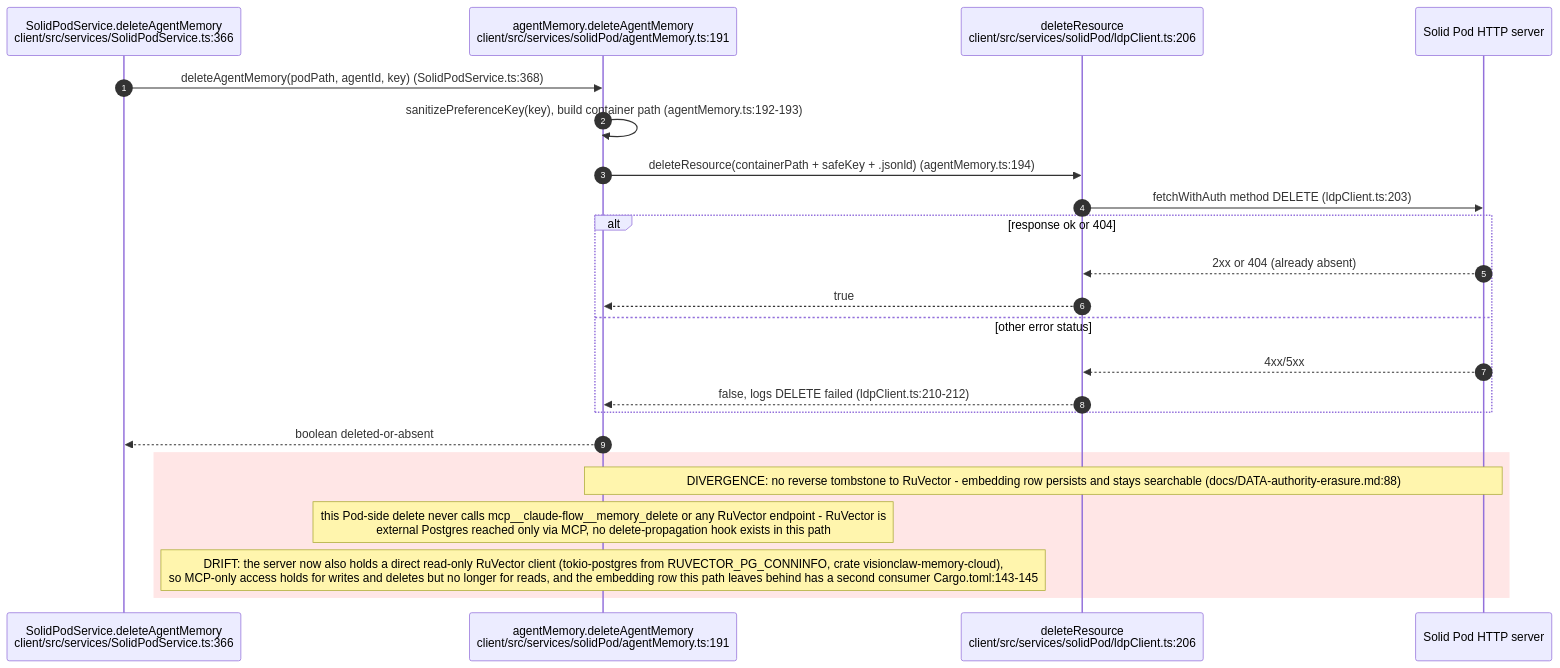
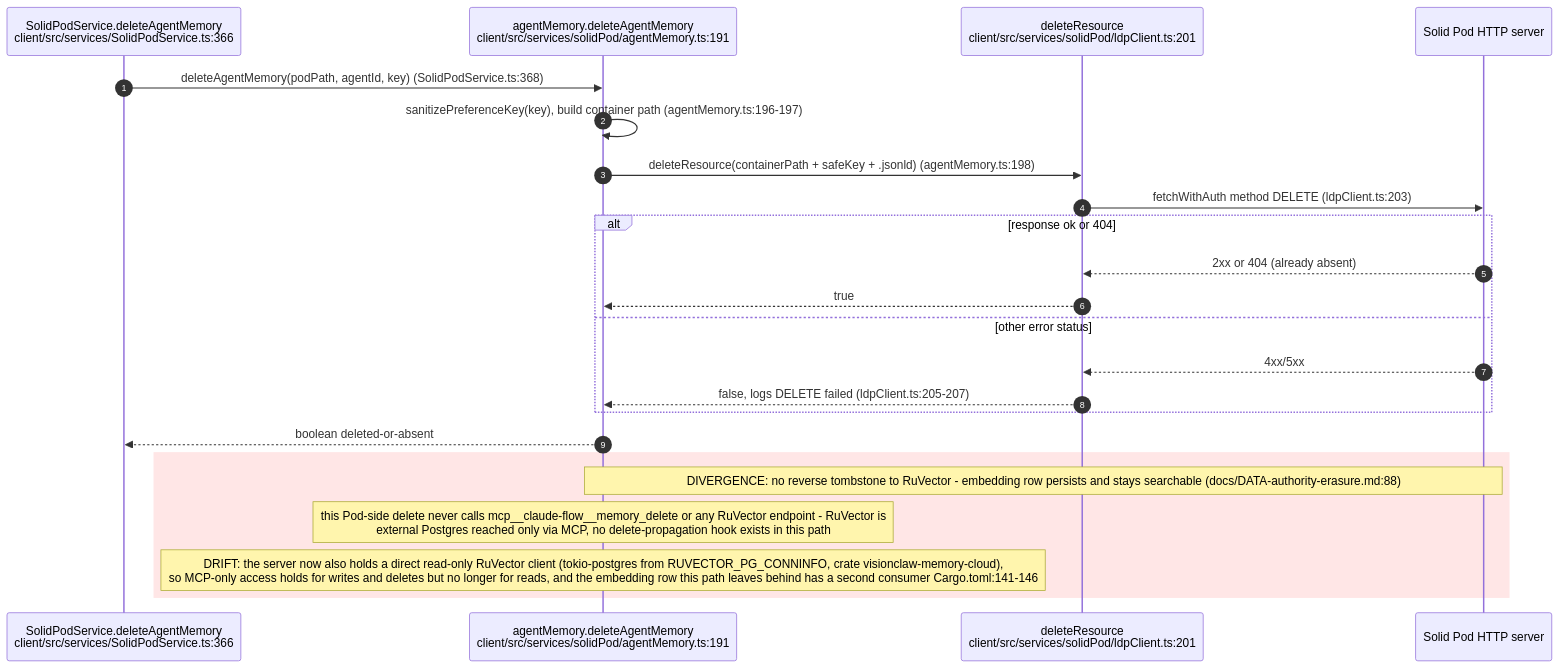
One commit to DreamLab-AI/VisionFlow changed the sixth of 11 diagrams in docs/diagrams/visionclaw/22-data-authority-provenance-erasure.md. Above: the diagram before and after it, drawn with Mermaid. The commit also changed other lines of this file and 173 other files, not shown here.

````diff
--- a/docs/diagrams/visionclaw/22-data-authority-provenance-erasure.md
+++ b/docs/diagrams/visionclaw/22-data-authority-provenance-erasure.md
@@ -295,26 +298,26 @@
 ```mermaid
 sequenceDiagram
     autonumber
     participant UI as SolidPodService.deleteAgentMemory<br/>client/src/services/SolidPodService.ts:366
     participant MEM as agentMemory.deleteAgentMemory<br/>client/src/services/solidPod/agentMemory.ts:191
-    participant LDP as deleteResource<br/>client/src/services/solidPod/ldpClient.ts:206
+    participant LDP as deleteResource<br/>client/src/services/solidPod/ldpClient.ts:201
     participant POD as Solid Pod HTTP server
 
     UI->>MEM: deleteAgentMemory(podPath, agentId, key) (SolidPodService.ts:368)
-    MEM->>MEM: sanitizePreferenceKey(key), build container path (agentMemory.ts:192-193)
-    MEM->>LDP: deleteResource(containerPath + safeKey + .jsonld) (agentMemory.ts:194)
+    MEM->>MEM: sanitizePreferenceKey(key), build container path (agentMemory.ts:196-197)
+    MEM->>LDP: deleteResource(containerPath + safeKey + .jsonld) (agentMemory.ts:198)
     LDP->>POD: fetchWithAuth method DELETE (ldpClient.ts:203)
     alt response ok or 404
         POD-->>LDP: 2xx or 404 (already absent)
         LDP-->>MEM: true
     else other error status
         POD-->>LDP: 4xx/5xx
-        LDP-->>MEM: false, logs DELETE failed (ldpClient.ts:210-212)
+        LDP-->>MEM: false, logs DELETE failed (ldpClient.ts:205-207)
     end
     MEM-->>UI: boolean deleted-or-absent
     rect rgb(255, 230, 230)
         Note over MEM,POD: DIVERGENCE: no reverse tombstone to RuVector - embedding row persists and stays searchable (docs/DATA-authority-erasure.md:88)
         Note over MEM: this Pod-side delete never calls mcp__claude-flow__memory_delete or any RuVector endpoint - RuVector is<br/>external Postgres reached only via MCP, no delete-propagation hook exists in this path
-        Note over MEM: DRIFT: the server now also holds a direct read-only RuVector client (tokio-postgres from RUVECTOR_PG_CONNINFO, crate visionclaw-memory-cloud),<br/>so MCP-only access holds for writes and deletes but no longer for reads, and the embedding row this path leaves behind has a second consumer Cargo.toml:143-145
+        Note over MEM: DRIFT: the server now also holds a direct read-only RuVector client (tokio-postgres from RUVECTOR_PG_CONNINFO, crate visionclaw-memory-cloud),<br/>so MCP-only access holds for writes and deletes but no longer for reads, and the embedding row this path leaves behind has a second consumer Cargo.toml:141-146
     end
 ```
````
